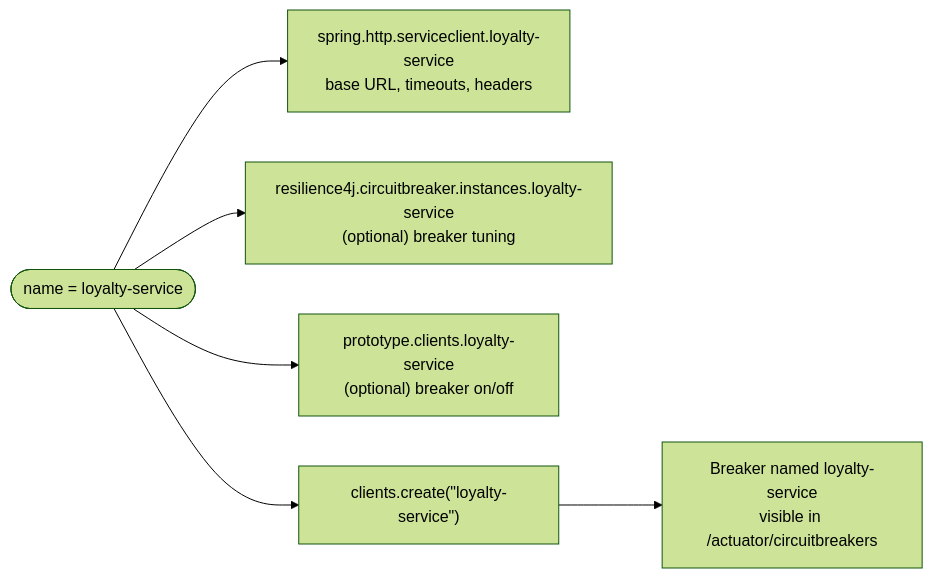
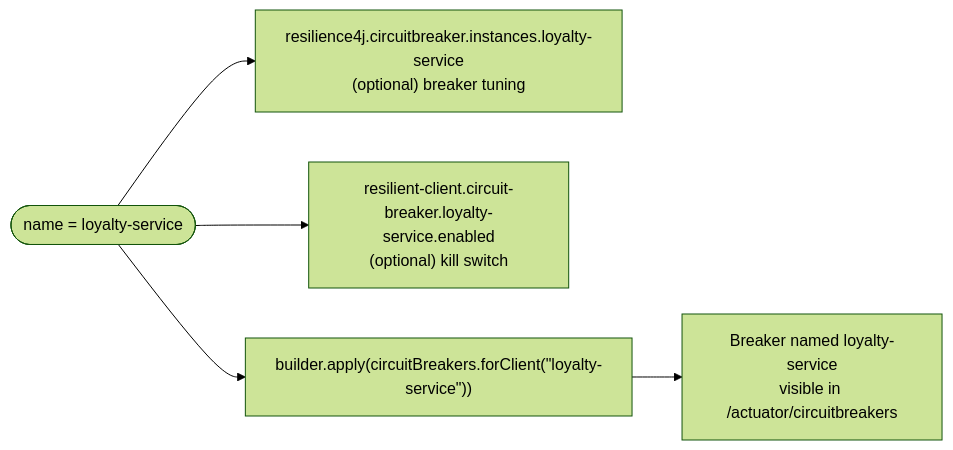
Before and after one commit to thepipeman/prototype-integrations: the fifth of 5 diagrams in docs/circuit-breaker.md, drawn with Mermaid (forest theme). The commit also changed other lines of this file and 20 other files, not shown here.

First line of the commit message:
Circuit breaker v2: apply breakers to existing RestClients

````diff
--- a/docs/circuit-breaker.md
+++ b/docs/circuit-breaker.md
@@ -132,9 +148,8 @@
 ```mermaid
 flowchart LR
     N(["name = loyalty-service"])
-    N --> Y1["spring.http.serviceclient.loyalty-service<br/>base URL, timeouts, headers"]
     N --> Y2["resilience4j.circuitbreaker.instances.loyalty-service<br/>(optional) breaker tuning"]
-    N --> Y3["prototype.clients.loyalty-service<br/>(optional) breaker on/off"]
-    N --> J["clients.create(&quot;loyalty-service&quot;)"]
+    N --> Y3["resilient-client.circuit-breaker.loyalty-service.enabled<br/>(optional) kill switch"]
+    N --> J["builder.apply(circuitBreakers.forClient(&quot;loyalty-service&quot;))"]
     J --> B["Breaker named loyalty-service<br/>visible in /actuator/circuitbreakers"]
 ```
````
